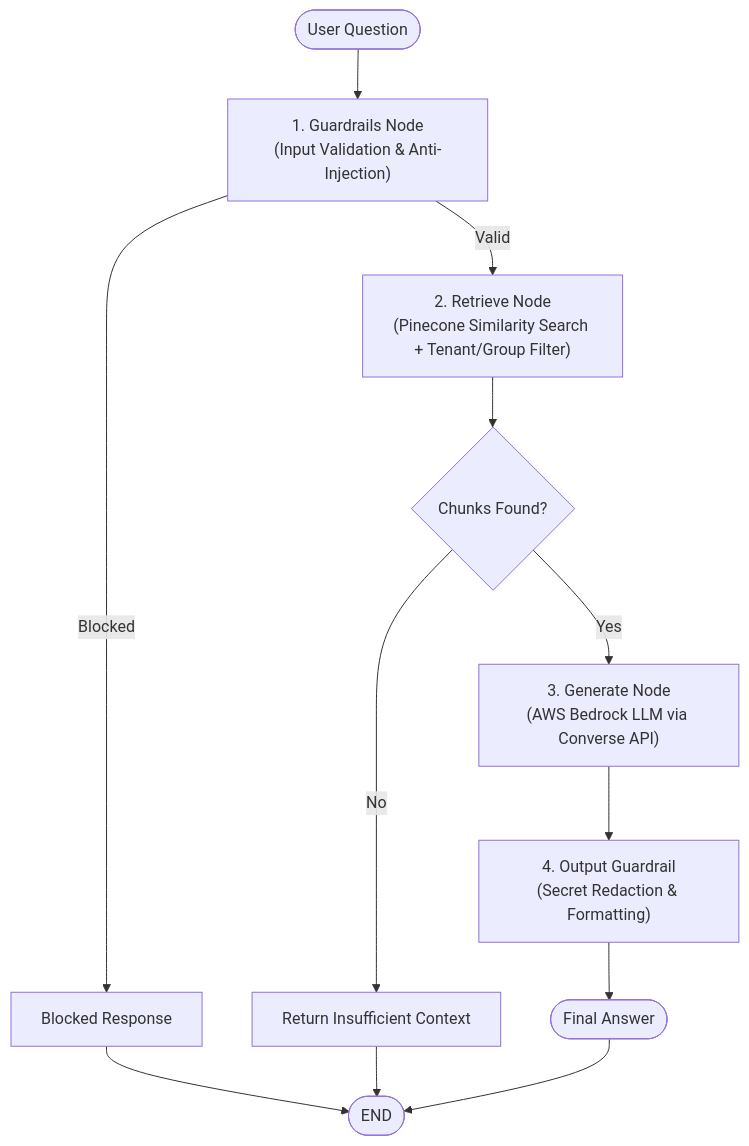
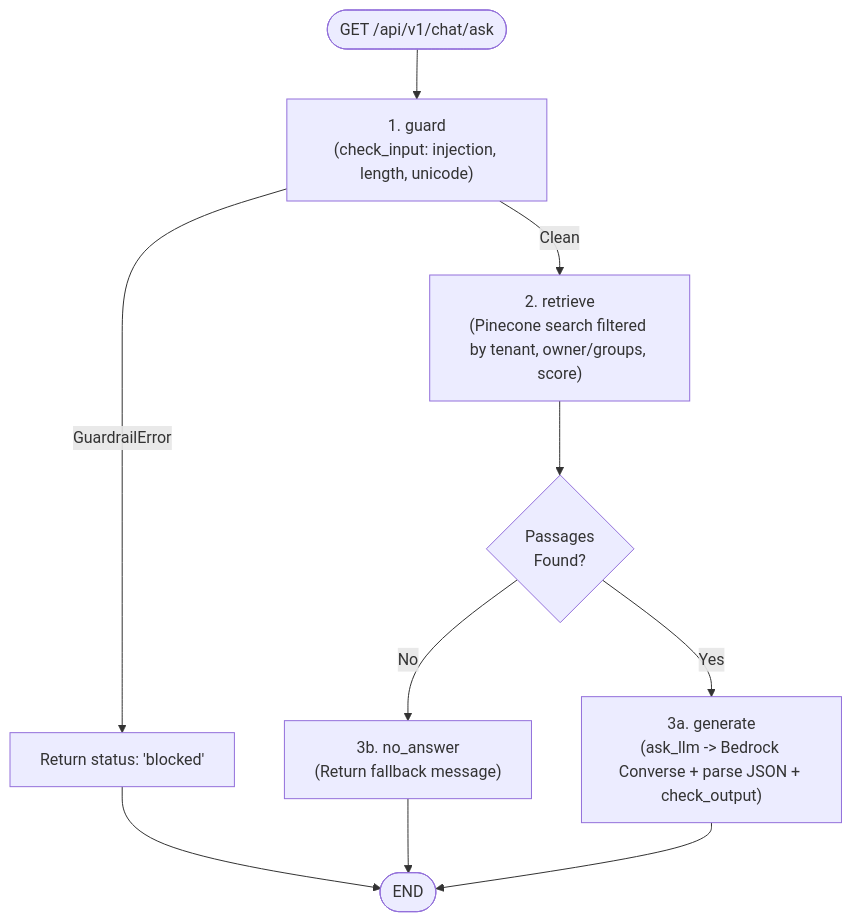
Before and after one commit to LokeshSingh07/DocSage-RAG-System: the second of 2 diagrams in README.md, drawn with Mermaid. The commit also changed other lines of this file and 15 other files, not shown here.

````diff
--- a/README.md
+++ b/README.md
@@ -9,11 +23,11 @@
 ```mermaid
 flowchart TD
-    User([User Question]) --> Guard["1. Guardrails Node\n(Input Validation & Anti-Injection)"]
-    Guard -- Valid --> Retrieve["2. Retrieve Node\n(Pinecone Similarity Search + Tenant/Group Filter)"]
-    Guard -- Blocked --> BlockedEnd["Blocked Response"] --> END([END])
+    User(["GET /api/v1/chat/ask"]) --> Guard["1. guard\n(check_input: injection, length, unicode)"]
+    Guard -- GuardrailError --> Blocked["Return status: 'blocked'"] --> END([END])
+    Guard -- Clean --> Retrieve["2. retrieve\n(Pinecone search filtered by tenant, owner/groups, score)"]
 
-    Retrieve --> Check{"Chunks Found?"}
-    Check -- No --> NoAnswer["Return Insufficient Context"] --> END
-    Check -- Yes --> Generate["3. Generate Node\n(AWS Bedrock LLM via Converse API)"]
-    Generate --> OutputGuard["4. Output Guardrail\n(Secret Redaction & Formatting)"] --> FinalAnswer([Final Answer]) --> END
+    Retrieve --> Check{"Passages\nFound?"}
+    Check -- No --> NoAnswer["3b. no_answer\n(Return fallback message)"] --> END
+    Check -- Yes --> Generate["3a. generate\n(ask_llm -> Bedrock Converse + parse JSON + check_output)"]
+    Generate --> END
 ```
````
